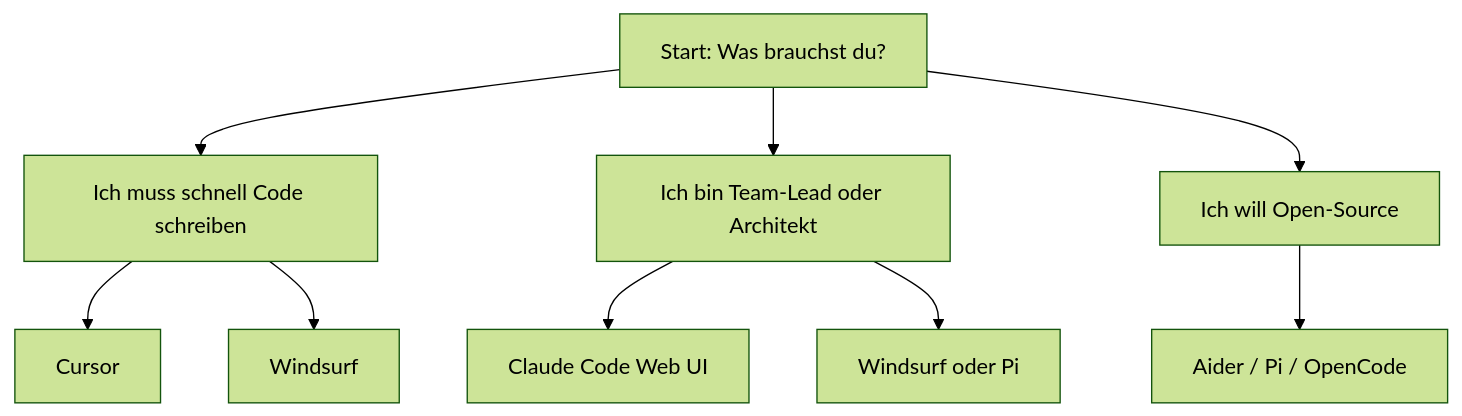
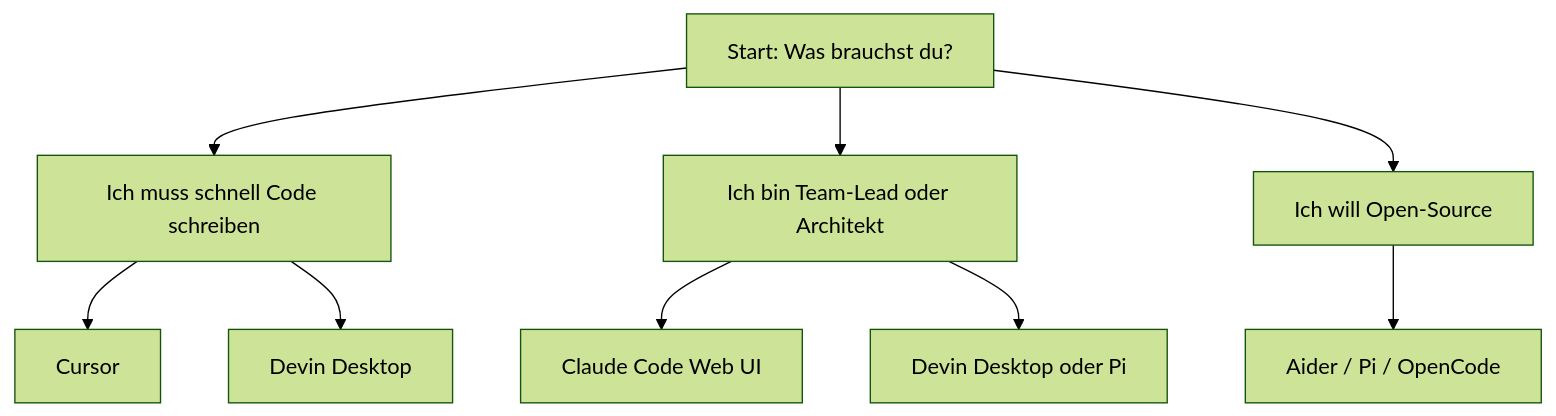
One commit to soenkelange/ai-lab-3-agentic-programming changed the sixth of 6 diagrams in 03-coding-agents-landscape/selection-matrix.md. Above: the diagram before and after it, drawn with Mermaid (forest theme). The commit also changed other lines of this file and 12 other files, not shown here.

````diff
--- a/03-coding-agents-landscape/selection-matrix.md
+++ b/03-coding-agents-landscape/selection-matrix.md
@@ -265,15 +271,15 @@
 ```mermaid
 flowchart TD
   S[Start: Was brauchst du?]
   S --> A[Ich muss schnell Code schreiben]
   S --> B[Ich bin Team-Lead oder Architekt]
   S --> C[Ich will Open-Source]
 
   A --> A1[Cursor]
-  A --> A2[Windsurf]
+  A --> A2[Devin Desktop]
 
   B --> B1[Claude Code Web UI]
-  B --> B2[Windsurf oder Pi]
+  B --> B2[Devin Desktop oder Pi]
 
   C --> C1[Aider / Pi / OpenCode]
 ```
````
